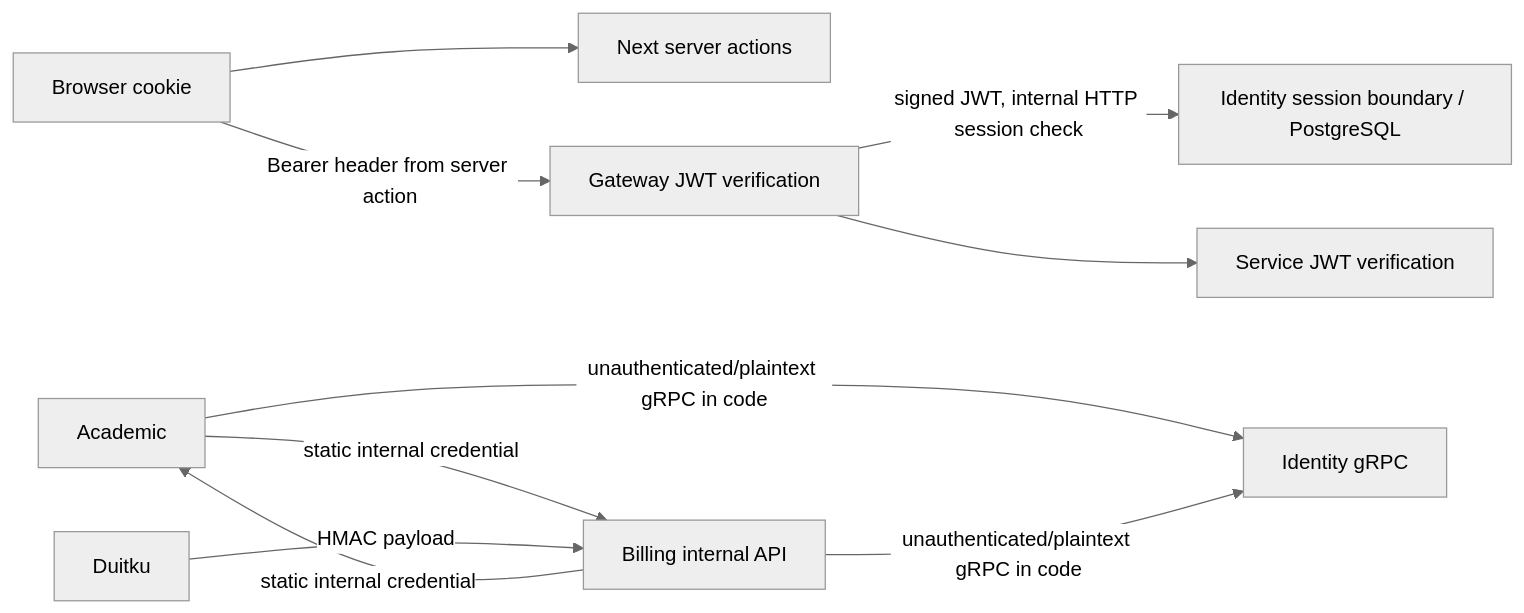
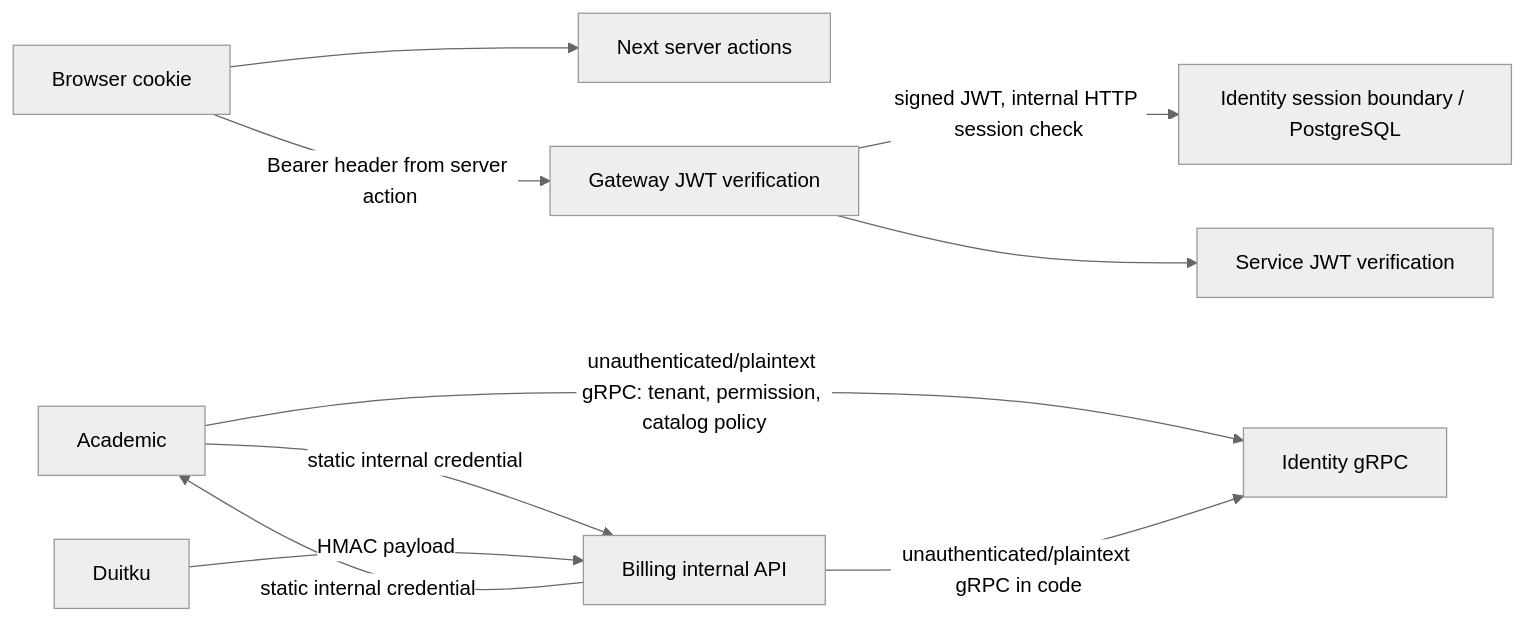
Before and after one commit to kelolakelas/kelolakelas-docs: the diagram in docs/05-security.md, drawn with Mermaid (neutral theme). The commit also changed other lines of this file and 12 other files, not shown here.

First line of the commit message:
docs: record KEL-98 applied public catalog policy (#80)

````diff
--- a/docs/05-security.md
+++ b/docs/05-security.md
@@ -23,12 +24,12 @@
 ```mermaid
 flowchart LR
   B[Browser cookie] --> W[Next server actions]
   B -->|Bearer header from server action| G[Gateway JWT verification]
   G -->|signed JWT, internal HTTP session check| IHTTP[Identity session boundary / PostgreSQL]
   G --> S[Service JWT verification]
   A[Academic] -->|static internal credential| BL[Billing internal API]
   BL -->|static internal credential| A
   P[Duitku] -->|HMAC payload| BL
-  A -->|unauthenticated/plaintext gRPC in code| I[Identity gRPC]
+  A -->|unauthenticated/plaintext gRPC: tenant, permission, catalog policy| I[Identity gRPC]
   BL -->|unauthenticated/plaintext gRPC in code| I
 ```
````
